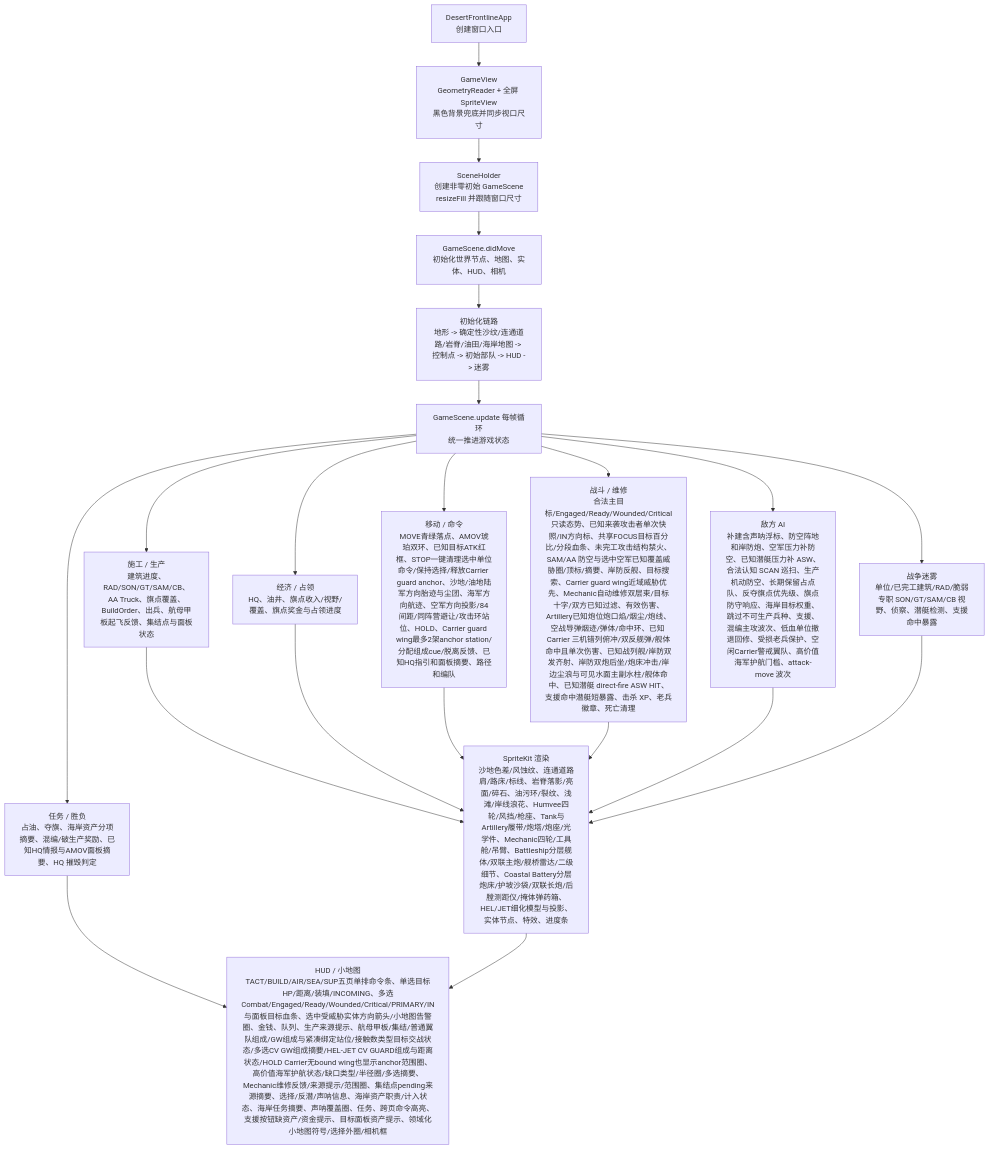
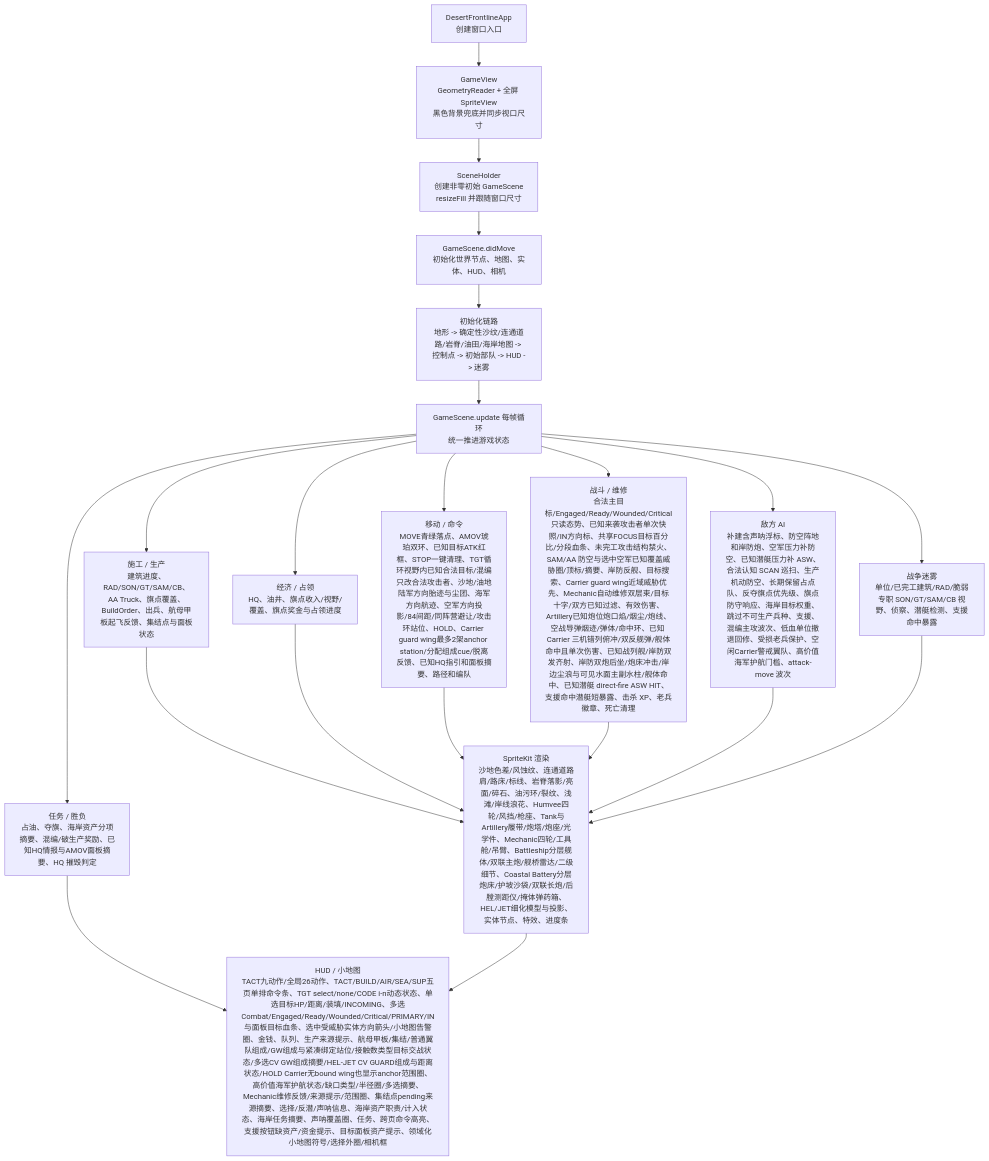
The first of 3 diagrams in md/flow/flowchart.md (Altman-sam114/1145), drawn with Mermaid before and after one commit. The commit also changed other lines of this file and 6 other files, not shown here.

````diff
--- a/md/flow/flowchart.md
+++ b/md/flow/flowchart.md
@@ -9,23 +9,23 @@
 ```mermaid
 flowchart TD
   App["DesertFrontlineApp\n创建窗口入口"] --> View["GameView\nGeometryReader + 全屏 SpriteView\n黑色背景兜底并同步视口尺寸"]
   View --> Holder["SceneHolder\n创建非零初始 GameScene\nresizeFill 并跟随窗口尺寸"]
   Holder --> Scene["GameScene.didMove\n初始化世界节点、地图、实体、HUD、相机"]
   Scene --> Init["初始化链路\n地形 -> 确定性沙纹/连通道路/岩脊/油田/海岸地图 -> 控制点 -> 初始部队 -> HUD -> 迷雾"]
   Init --> Loop["GameScene.update 每帧循环\n统一推进游戏状态"]
   Loop --> Build["施工 / 生产\n建筑进度、RAD/SON/GT/SAM/CB、AA Truck、旗点覆盖、BuildOrder、出兵、航母甲板起飞反馈、集结点与面板状态"]
   Loop --> Economy["经济 / 占领\nHQ、油井、旗点收入/视野/覆盖、旗点奖金与占领进度"]
-  Loop --> Commands["移动 / 命令\nMOVE青绿落点、AMOV琥珀双环、已知目标ATK红框、STOP一键清理选中单位命令/保持选择/释放Carrier guard anchor、沙地/油地陆军方向胎迹与尘团、海军方向航迹、空军方向投影/84间距/同阵营避让/攻击环站位、HOLD、Carrier guard wing最多2架anchor station/分配组成cue/脱离反馈、已知HQ指引和面板摘要、路径和编队"]
+  Loop --> Commands["移动 / 命令\nMOVE青绿落点、AMOV琥珀双环、已知目标ATK红框、STOP一键清理、TGT循环视野内已知合法目标/混编只改合法攻击者、沙地/油地陆军方向胎迹与尘团、海军方向航迹、空军方向投影/84间距/同阵营避让/攻击环站位、HOLD、Carrier guard wing最多2架anchor station/分配组成cue/脱离反馈、已知HQ指引和面板摘要、路径和编队"]
   Loop --> Combat["战斗 / 维修\n合法主目标/Engaged/Ready/Wounded/Critical只读态势、已知来袭攻击者单次快照/IN方向标、共享FOCUS目标百分比/分段血条、未完工攻击结构禁火、SAM/AA 防空与选中空军已知覆盖威胁圈/顶标/摘要、岸防反舰、目标搜索、Carrier guard wing近域威胁优先、Mechanic自动维修双层束/目标十字/双方已知过滤、有效伤害、Artillery已知炮位炮口焰/烟尘/炮线、空战导弹烟迹/弹体/命中环、已知 Carrier 三机错列俯冲/双反舰弹/舰体命中且单次伤害、已知战列舰/岸防双发齐射、岸防双炮后坐/炮床冲击/岸边尘浪与可见水面主副水柱/舰体命中、已知潜艇 direct-fire ASW HIT、支援命中潜艇短暴露、击杀 XP、老兵徽章、死亡清理"]
   Loop --> AI["敌方 AI\n补建含声呐浮标、防空阵地和岸防炮、空军压力补防空、已知潜艇压力补 ASW、合法认知 SCAN 巡扫、生产机动防空、长期保留占点队、反夺旗点优先级、旗点防守响应、海岸目标权重、跳过不可生产兵种、支援、混编主攻波次、低血单位撤退回修、受损老兵保护、空闲Carrier警戒翼队、高价值海军护航门槛、attack-move 波次"]
   Loop --> Fog["战争迷雾\n单位/已完工建筑/RAD/脆弱专职 SON/GT/SAM/CB 视野、侦察、潜艇检测、支援命中暴露"]
   Loop --> Mission["任务 / 胜负\n占油、夺旗、海岸资产分项摘要、混编/破生产奖励、已知HQ情报与AMOV面板摘要、HQ 摧毁判定"]
   Build --> Render["SpriteKit 渲染\n沙地色差/风蚀纹、连通道路肩/路床/标线、岩脊落影/亮面/碎石、油污环/裂纹、浅滩/岸线浪花、Humvee四轮/风挡/枪座、Tank与Artillery履带/炮塔/炮座/光学件、Mechanic四轮/工具舱/吊臂、Battleship分层舰体/双联主炮/舰桥雷达/二级细节、Coastal Battery分层炮床/护坡沙袋/双联长炮/后膛测距仪/掩体弹药箱、HEL/JET细化模型与投影、实体节点、特效、进度条"]
   Economy --> Render
   Commands --> Render
   Combat --> Render
   AI --> Render
   Fog --> Render
-  Mission --> HUD["HUD / 小地图\nTACT/BUILD/AIR/SEA/SUP五页单排命令条、单选目标HP/距离/装填/INCOMING、多选Combat/Engaged/Ready/Wounded/Critical/PRIMARY/IN与面板目标血条、选中受威胁实体方向箭头/小地图告警圈、金钱、队列、生产来源提示、航母甲板/集结/普通翼队组成/GW组成与紧凑绑定站位/接触数类型目标交战状态/多选CV GW组成摘要/HEL-JET CV GUARD组成与距离状态/HOLD Carrier无bound wing也显示anchor范围圈、高价值海军护航状态/缺口类型/半径圈/多选摘要、Mechanic维修反馈/来源提示/范围圈、集结点pending来源摘要、选择/反潜/声呐信息、海岸资产职责/计入状态、海岸任务摘要、声呐覆盖圈、任务、跨页命令高亮、支援按钮缺资产/资金提示、目标面板资产提示、领域化小地图符号/选择外圈/相机框"]
+  Mission --> HUD["HUD / 小地图\nTACT九动作/全局26动作、TACT/BUILD/AIR/SEA/SUP五页单排命令条、TGT select/none/CODE i-n动态状态、单选目标HP/距离/装填/INCOMING、多选Combat/Engaged/Ready/Wounded/Critical/PRIMARY/IN与面板目标血条、选中受威胁实体方向箭头/小地图告警圈、金钱、队列、生产来源提示、航母甲板/集结/普通翼队组成/GW组成与紧凑绑定站位/接触数类型目标交战状态/多选CV GW组成摘要/HEL-JET CV GUARD组成与距离状态/HOLD Carrier无bound wing也显示anchor范围圈、高价值海军护航状态/缺口类型/半径圈/多选摘要、Mechanic维修反馈/来源提示/范围圈、集结点pending来源摘要、选择/反潜/声呐信息、海岸资产职责/计入状态、海岸任务摘要、声呐覆盖圈、任务、跨页命令高亮、支援按钮缺资产/资金提示、目标面板资产提示、领域化小地图符号/选择外圈/相机框"]
   Render --> HUD
 ```
````
